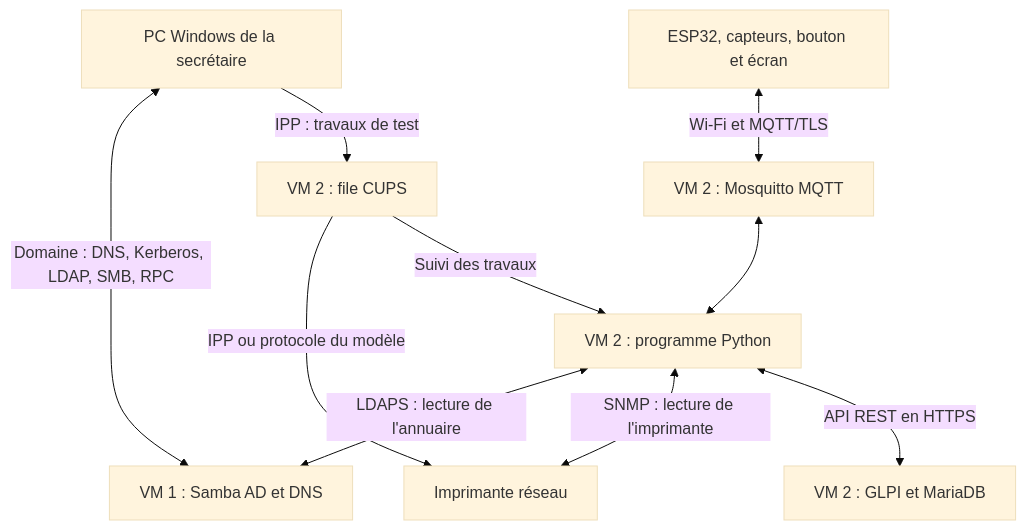
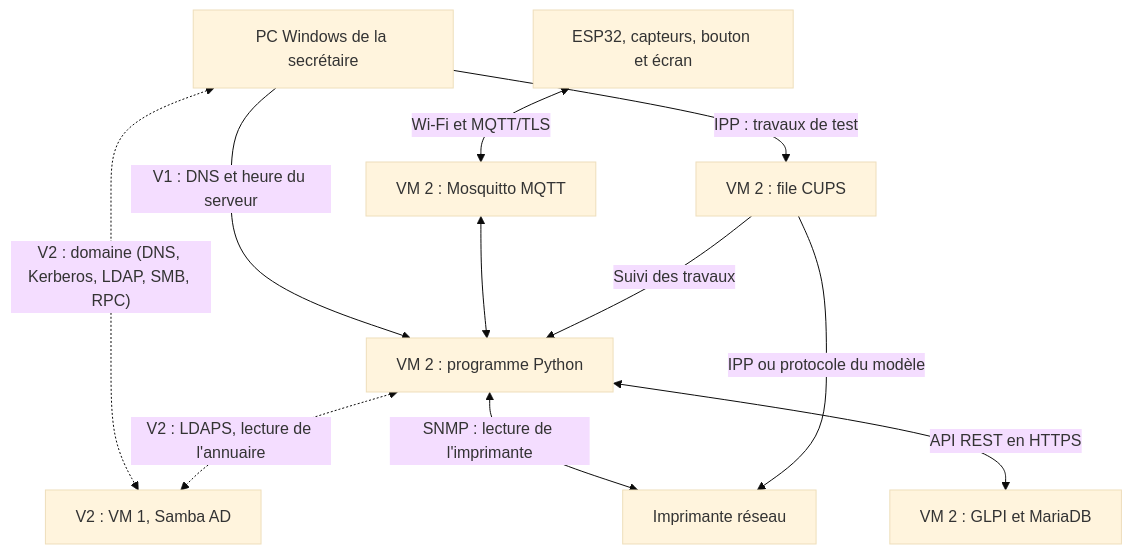
Before and after one commit to bachir151/projet-E6: the diagram in Projet apprenti 1/GUIDE-TECHNIQUE-INSTALLATION.md, drawn with Mermaid (base theme). The commit also changed other lines of this file and 23 other files, not shown here.

````diff
--- a/Projet apprenti 1/GUIDE-TECHNIQUE-INSTALLATION.md
+++ b/Projet apprenti 1/GUIDE-TECHNIQUE-INSTALLATION.md
@@ -50,20 +50,21 @@
 ```mermaid
 flowchart TD
     PC["PC Windows de la secrétaire"]
-    AD["VM 1 : Samba AD et DNS"]
+    AD["V2 : VM 1, Samba AD"]
     PY["VM 2 : programme Python"]
     MQ["VM 2 : Mosquitto MQTT"]
     GLPI["VM 2 : GLPI et MariaDB"]
     CUPS["VM 2 : file CUPS"]
     IMP["Imprimante réseau"]
     ESP["ESP32, capteurs, bouton et écran"]
-    PC <-->|"Domaine : DNS, Kerberos, LDAP, SMB, RPC"| AD
-    PY <-->|"LDAPS : lecture de l'annuaire"| AD
+    PC <-.->|"V2 : domaine (DNS, Kerberos, LDAP, SMB, RPC)"| AD
+    PY <-.->|"V2 : LDAPS, lecture de l'annuaire"| AD
+    PC -->|"V1 : DNS et heure du serveur"| PY
     PY <-->|"SNMP : lecture de l'imprimante"| IMP
     ESP <-->|"Wi-Fi et MQTT/TLS"| MQ
     MQ <--> PY
     PY <-->|"API REST en HTTPS"| GLPI
     PC -->|"IPP : travaux de test"| CUPS
     CUPS -->|"IPP ou protocole du modèle"| IMP
     CUPS -->|"Suivi des travaux"| PY
 ```
````
